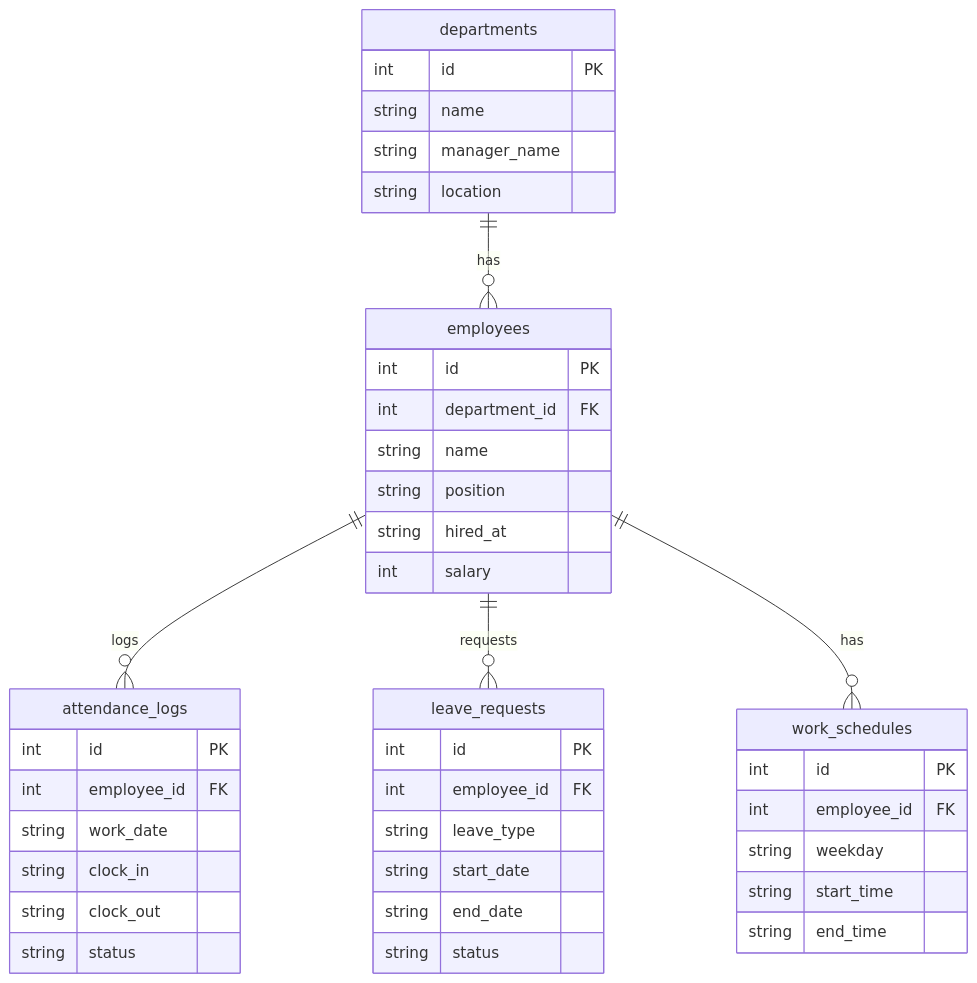
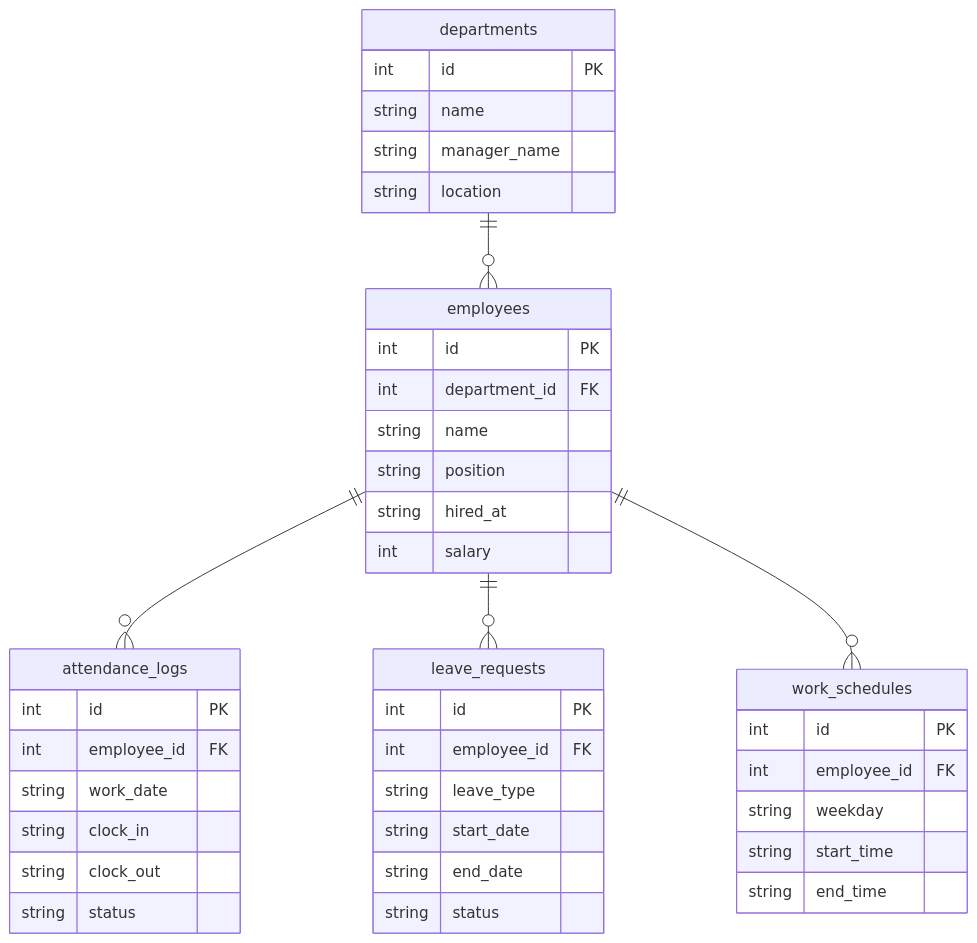
The diagram in towercrane-for-uiux-server/src/sql-practice/seeds/03_hr_attendance.mmd (dota-pilot1/towercrane-for-uiux), drawn with Mermaid before and after one commit. The commit also changed 11 other files, not shown here.

Commit message:
style: ERD 관계선 레이블 제거 — 까마귀발 표기법으로 충분

```diff
--- a/towercrane-for-uiux-server/src/sql-practice/seeds/03_hr_attendance.mmd
+++ b/towercrane-for-uiux-server/src/sql-practice/seeds/03_hr_attendance.mmd
@@ -1,43 +1,43 @@
 erDiagram
-    departments ||--o{ employees : "has"
-    employees ||--o{ attendance_logs : "logs"
-    employees ||--o{ leave_requests : "requests"
-    employees ||--o{ work_schedules : "has"
+    departments ||--o{ employees : ""
+    employees ||--o{ attendance_logs : ""
+    employees ||--o{ leave_requests : ""
+    employees ||--o{ work_schedules : ""
 
     departments {
         int id PK
         string name
         string manager_name
         string location
     }
     employees {
         int id PK
         int department_id FK
         string name
         string position
         string hired_at
         int salary
     }
     attendance_logs {
         int id PK
         int employee_id FK
         string work_date
         string clock_in
         string clock_out
         string status
     }
     leave_requests {
         int id PK
         int employee_id FK
         string leave_type
         string start_date
         string end_date
         string status
     }
     work_schedules {
         int id PK
         int employee_id FK
         string weekday
         string start_time
         string end_time
     }
```
